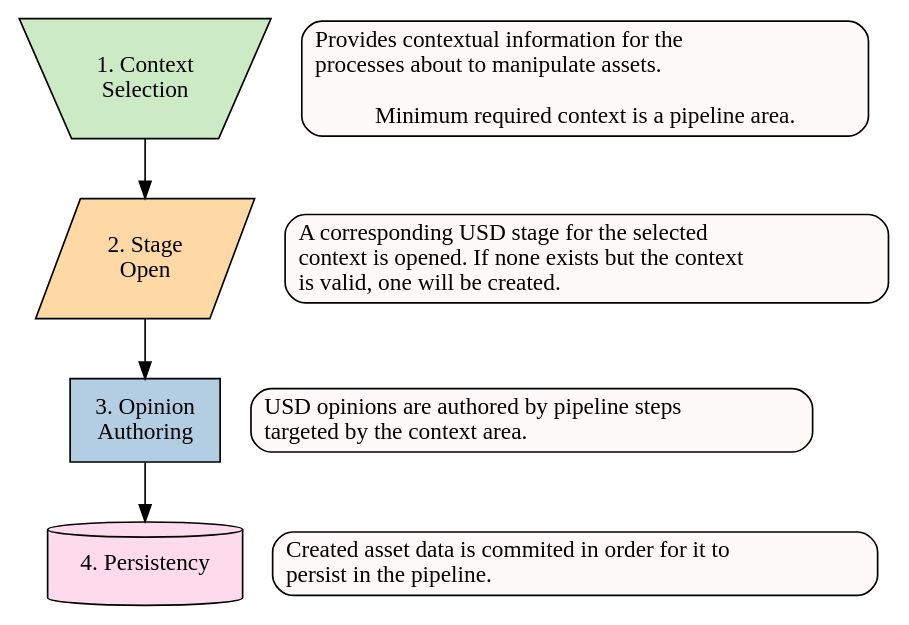
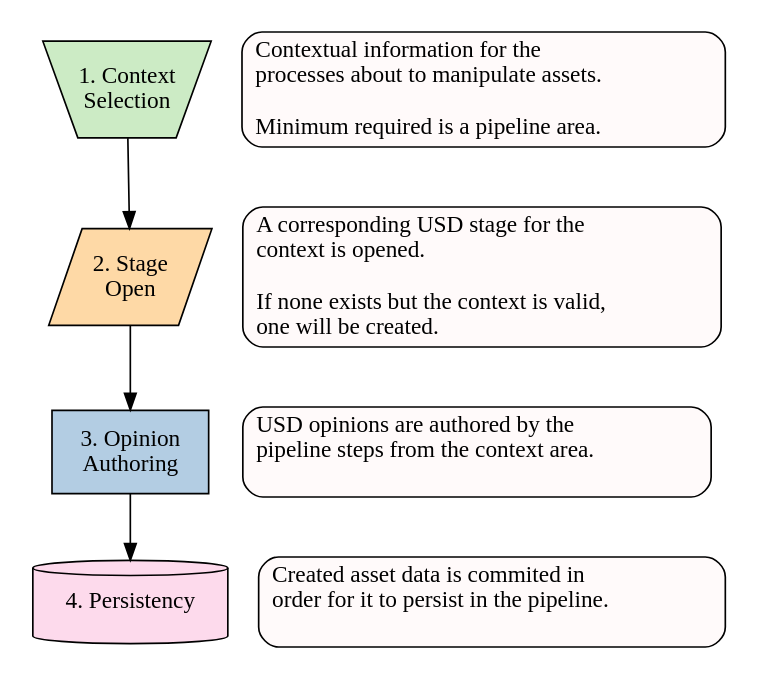
Before and after one commit to thegrill/grill: the diagram in docs/source/data_creation.dot, drawn with Graphviz. The commit also changed 14 other files, not shown here.

```diff
--- a/docs/source/data_creation.dot
+++ b/docs/source/data_creation.dot
@@ -1,25 +1,29 @@
 digraph data_creation {
     bgcolor=invis
-    {
+    newrank=true
+    subgraph cluster_steps {
+        color=invis margin=0
+        node [colorscheme=pastel19 style=filled]
+        context [shape=invtrapezium fillcolor=3 label="1. Context\nSelection" height=.8 width=1.4 fixedsize=true]
+        stage [shape=parallelogram label="2. Stage\nOpen" height=.8 width=1.3 fillcolor=5 fixedsize=true]
+        opinion [shape=box label="3. Opinion\nAuthoring" height=0.7 width=1.3 fillcolor=2]
+        persistency [shape=cylinder label="4. Persistency" height=0.7 width=1.2 fillcolor=8]
+        context -> stage -> opinion -> persistency
+    }
+    subgraph cluster_descriptions{
+        color=invis margin=0
         node [shape=box style="rounded,filled" fillcolor=snow]
-        context_description stage_description opinion_description persistency_description
-        context_description [label="Provides contextual information for the\lprocesses about to manipulate assets.\l\lMinimum required context is a pipeline area.\n"]
-        stage_description [label="A corresponding USD stage for the selected\lcontext is opened. If none exists but the context\lis valid, one will be created.\l"]
-        opinion_description [label="USD opinions are authored by pipeline steps\ltargeted by the context area.\l"]
-        persistency_description [label="Created asset data is commited in order for it to\lpersist in the pipeline.\l"]
+        context_description [label="Contextual information for the\lprocesses about to manipulate assets.\l\lMinimum required is a pipeline area.\l"]
+        stage_description [label="A corresponding USD stage for the\lcontext is opened.\l\lIf none exists but the context is valid,\lone will be created.\l"]
+        opinion_description [label="USD opinions are authored by the\lpipeline steps from the context area.\l\l"]
+        persistency_description [label="Created asset data is commited in\lorder for it to persist in the pipeline.\l\l"]
     }
-    node [colorscheme=pastel19 style=filled]
-    context [shape=invtrapezium fillcolor=3 label="1. Context\nSelection" height=1]
-    stage [shape=parallelogram label="2. Stage\nOpen" height=1 fillcolor=5]
-    opinion [shape=box label="3. Opinion\nAuthoring" height=0.7 width=1.2 fillcolor=2]
-    persistency [shape=cylinder label="4. Persistency" height=0.7 width=1.2 fillcolor=8]
-    context -> stage -> opinion -> persistency
     context -> context_description [style=invis]
     {rank=same context context_description}
     stage -> stage_description [style=invis]
     {rank=same stage stage_description}
     opinion -> opinion_description [style=invis]
     {rank=same opinion opinion_description}
     persistency -> persistency_description [style=invis]
     {rank=same persistency persistency_description}
 }
```
